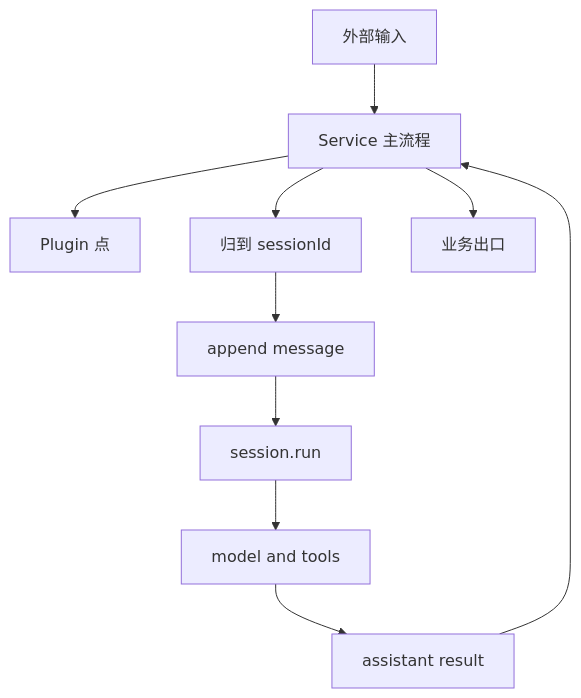
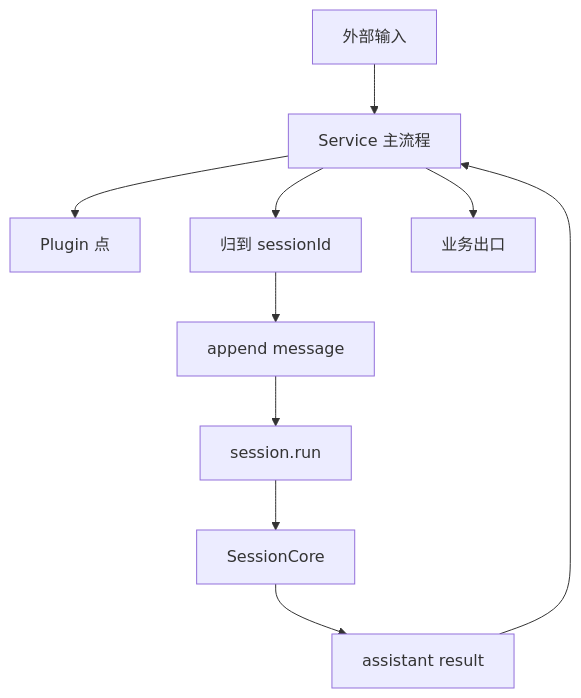
One commit to wangenius/downcity changed the second of 2 diagrams in homepage/content/devdocs/zh/services/system-map.mdx. Above: the diagram before and after it, drawn with Mermaid. The commit also changed other lines of this file and 37 other files, not shown here.

````diff
--- a/homepage/content/devdocs/zh/services/system-map.mdx
+++ b/homepage/content/devdocs/zh/services/system-map.mdx
@@ -171,12 +156,12 @@
 ```mermaid
 flowchart TD
   IN["外部输入"] --> SERVICE["Service 主流程"]
   SERVICE --> HOOK["Plugin 点"]
   SERVICE --> SID["归到 sessionId"]
   SID --> APPEND["append message"]
   APPEND --> RUN["session.run"]
-  RUN --> MODEL["model and tools"]
-  MODEL --> RES["assistant result"]
+  RUN --> CORE["SessionCore"]
+  CORE --> RES["assistant result"]
   RES --> SERVICE
   SERVICE --> OUT["业务出口"]
 ```
````
